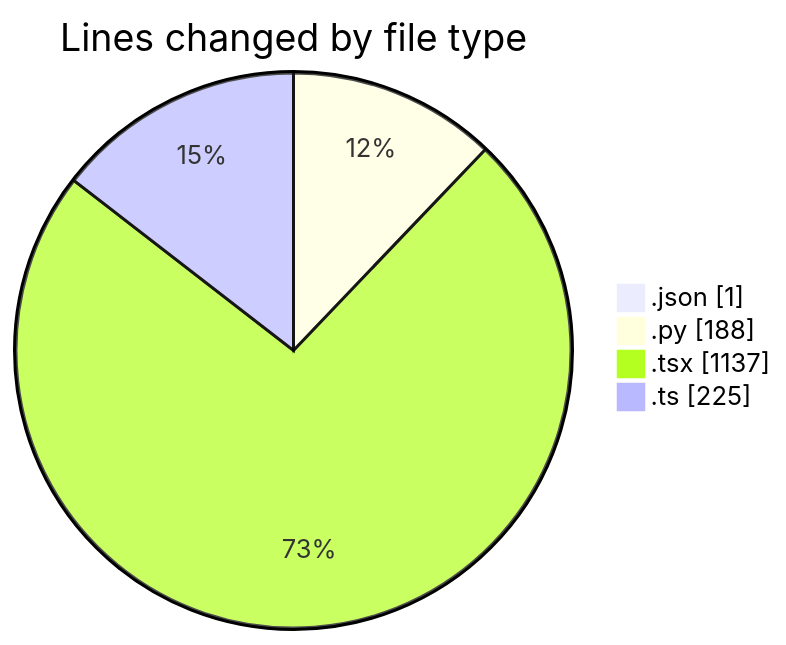
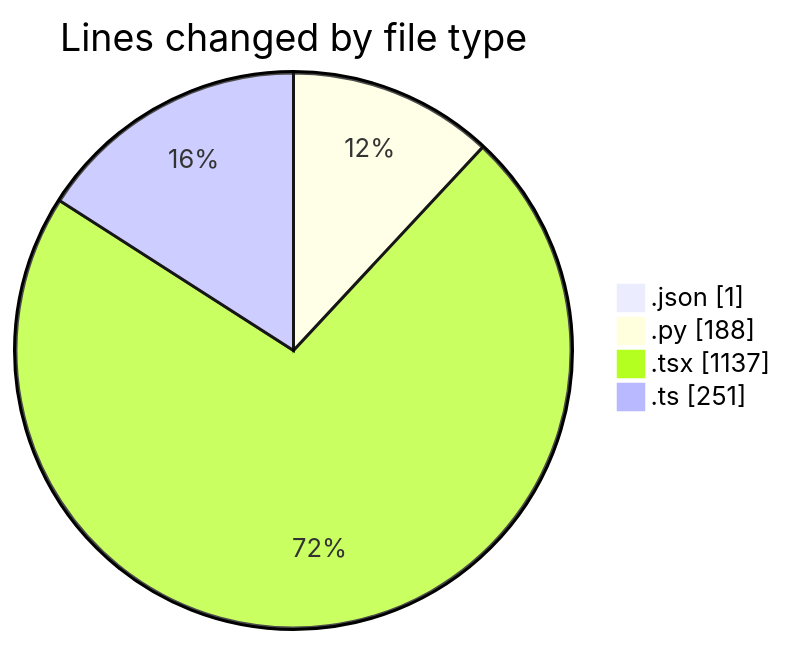
Before and after one commit to julien-gomy/code-tracking: the first of 2 diagrams in 2025-10-06/eventscop-frontend-guide__workspace_/README.md, drawn with Mermaid. The commit also changed other lines of this file and 1 other file, not shown here.

````diff
--- a/2025-10-06/eventscop-frontend-guide__workspace_/README.md
+++ b/2025-10-06/eventscop-frontend-guide__workspace_/README.md
@@ -25,8 +25,8 @@
 ```mermaid
 pie showData
 title Lines changed by file type
 ".json" : 1
 ".py" : 188
 ".tsx" : 1137
-".ts" : 225
+".ts" : 251
 ```
````
